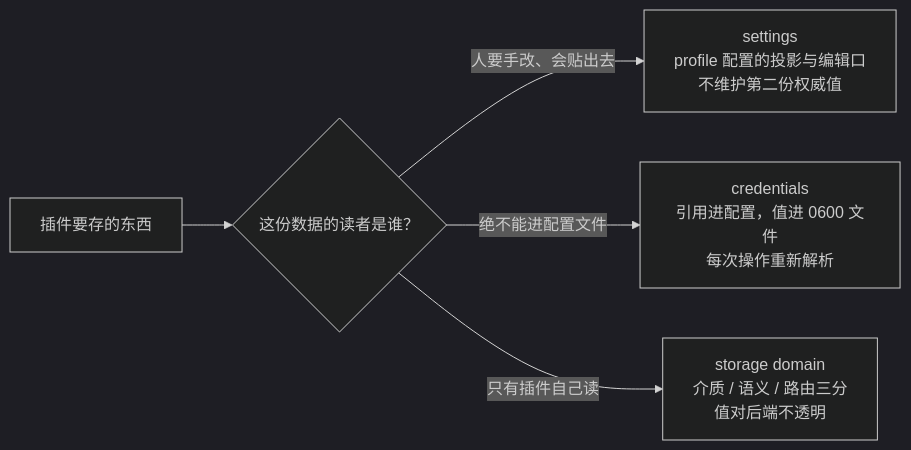
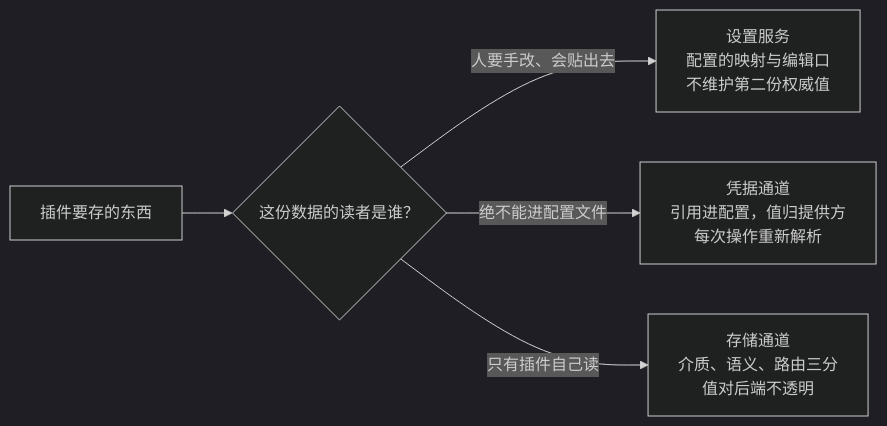
One commit to anthonyzhao-4926/blog changed the first of 3 diagrams in dsh 插件开发学习/25-插件的状态、密钥与配置存储.md. Above: the diagram before and after it, drawn with Mermaid (dark theme). The commit also changed other lines of this file and 38 other files, not shown here.

````diff
--- a/dsh 插件开发学习/25-插件的状态、密钥与配置存储.md
+++ b/dsh 插件开发学习/25-插件的状态、密钥与配置存储.md
@@ -48,7 +48,7 @@
 ```mermaid
 flowchart LR
     D["插件要存的东西"] --> Q{"这份数据的读者是谁？"}
-    Q -->|"人要手改、会贴出去"| S["settings<br/>profile 配置的投影与编辑口<br/>不维护第二份权威值"]
-    Q -->|"绝不能进配置文件"| C["credentials<br/>引用进配置，值进 0600 文件<br/>每次操作重新解析"]
-    Q -->|"只有插件自己读"| T["storage domain<br/>介质 / 语义 / 路由三分<br/>值对后端不透明"]
+    Q -->|"人要手改、会贴出去"| S["设置服务<br/>配置的映射与编辑口<br/>不维护第二份权威值"]
+    Q -->|"绝不能进配置文件"| C["凭据通道<br/>引用进配置，值归提供方<br/>每次操作重新解析"]
+    Q -->|"只有插件自己读"| T["存储通道<br/>介质、语义、路由三分<br/>值对后端不透明"]
 ```
````
